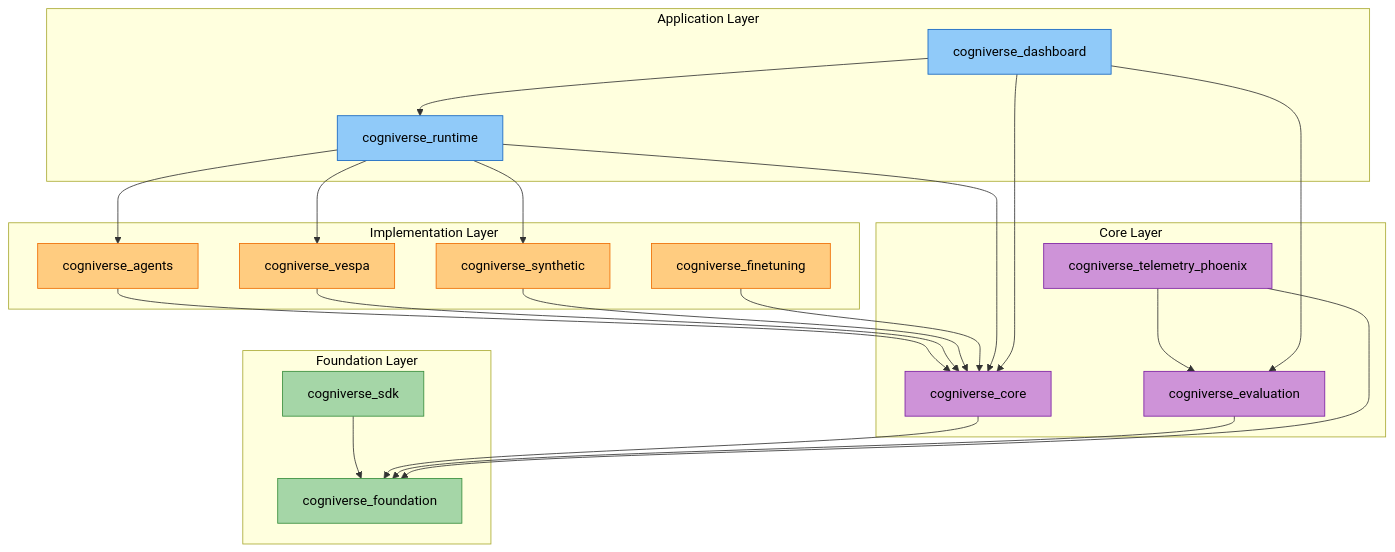
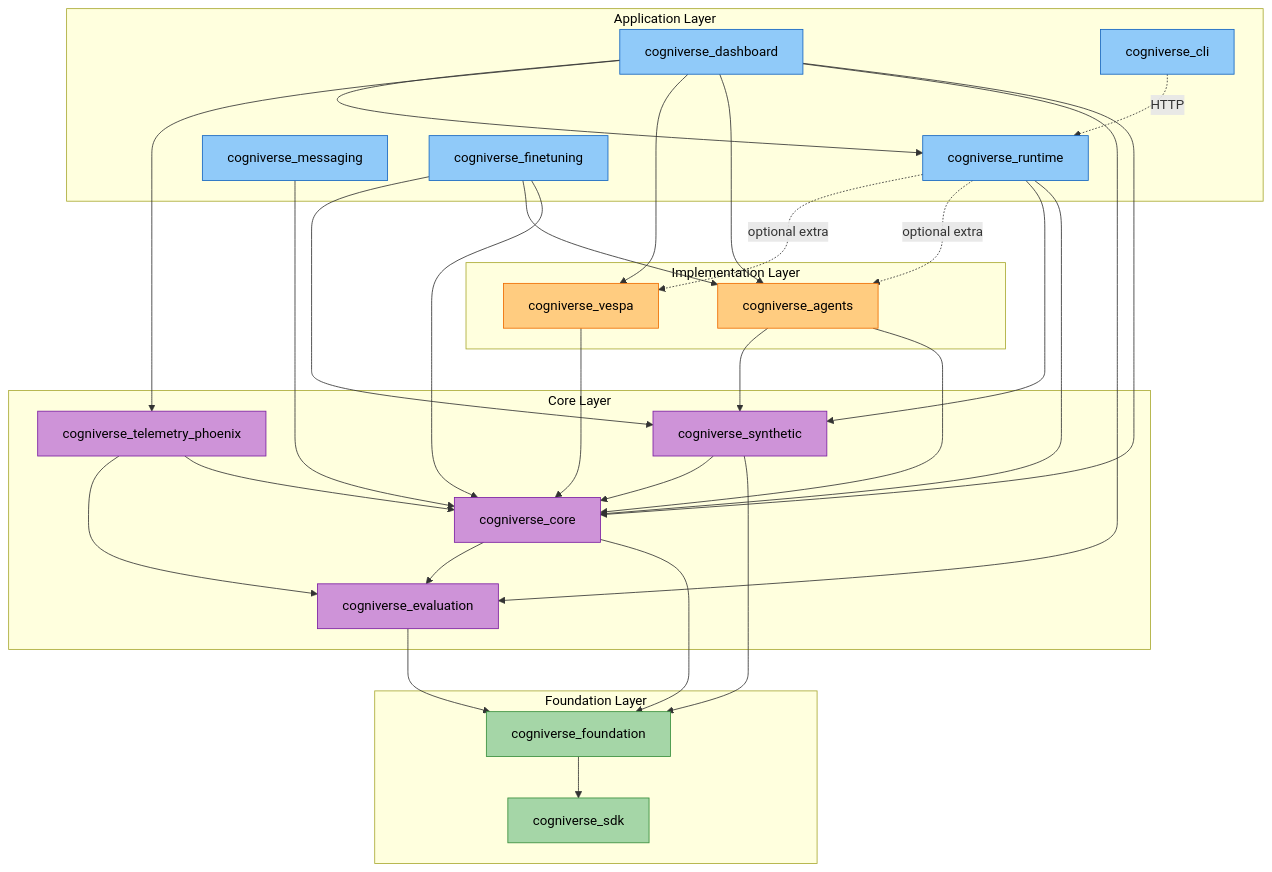
Before and after one commit to amit-jain/cogniverse: the second of 27 diagrams in docs/diagrams/sdk-architecture-diagrams.md, drawn with Mermaid. The commit also changed other lines of this file and 119 other files, not shown here.

````diff
--- a/docs/diagrams/sdk-architecture-diagrams.md
+++ b/docs/diagrams/sdk-architecture-diagrams.md
@@ -93,68 +107,82 @@
 ```mermaid
 flowchart TB
     subgraph FoundationLayer["<span style='color:#000'>Foundation Layer</span>"]
         SDK["<span style='color:#000'>cogniverse_sdk</span>"]
         FoundationPkg["<span style='color:#000'>cogniverse_foundation</span>"]
     end
 
     subgraph CoreLayer["<span style='color:#000'>Core Layer</span>"]
         Core["<span style='color:#000'>cogniverse_core</span>"]
         Evaluation["<span style='color:#000'>cogniverse_evaluation</span>"]
         Phoenix["<span style='color:#000'>cogniverse_telemetry_phoenix</span>"]
+        Synthetic["<span style='color:#000'>cogniverse_synthetic</span>"]
     end
 
     subgraph ImplLayer["<span style='color:#000'>Implementation Layer</span>"]
         Agents["<span style='color:#000'>cogniverse_agents</span>"]
         Vespa["<span style='color:#000'>cogniverse_vespa</span>"]
-        Synthetic["<span style='color:#000'>cogniverse_synthetic</span>"]
-        Finetuning["<span style='color:#000'>cogniverse_finetuning</span>"]
     end
 
     subgraph AppLayer["<span style='color:#000'>Application Layer</span>"]
         Runtime["<span style='color:#000'>cogniverse_runtime</span>"]
         Dashboard["<span style='color:#000'>cogniverse_dashboard</span>"]
+        Messaging["<span style='color:#000'>cogniverse_messaging</span>"]
+        Finetuning["<span style='color:#000'>cogniverse_finetuning</span>"]
+        Cli["<span style='color:#000'>cogniverse_cli</span>"]
     end
 
     %% Foundation dependencies
-    SDK --> FoundationPkg
+    FoundationPkg --> SDK
 
     %% Core to Foundation
     Core --> FoundationPkg
+    Core --> Evaluation
     Evaluation --> FoundationPkg
-    Phoenix --> FoundationPkg
+    Phoenix --> Core
     Phoenix --> Evaluation
+    Synthetic --> FoundationPkg
+    Synthetic --> Core
 
     %% Implementation to Core
     Agents --> Core
+    Agents --> Synthetic
     Vespa --> Core
-    Synthetic --> Core
-    Finetuning --> Core
 
     %% Application to Implementation/Core
     Runtime --> Core
-    Runtime --> Agents
-    Runtime --> Vespa
     Runtime --> Synthetic
+    Runtime -.->|optional extra| Agents
+    Runtime -.->|optional extra| Vespa
     Dashboard --> Core
     Dashboard --> Evaluation
+    Dashboard --> Agents
+    Dashboard --> Vespa
+    Dashboard --> Phoenix
     Dashboard --> Runtime
+    Messaging --> Core
+    Finetuning --> Core
+    Finetuning --> Agents
+    Finetuning --> Synthetic
+    Cli -.->|HTTP| Runtime
 
     %% Foundation Layer (green)
     style SDK fill:#a5d6a7,stroke:#388e3c,color:#000
     style FoundationPkg fill:#a5d6a7,stroke:#388e3c,color:#000
 
     %% Core Layer (purple)
     style Core fill:#ce93d8,stroke:#7b1fa2,color:#000
     style Evaluation fill:#ce93d8,stroke:#7b1fa2,color:#000
     style Phoenix fill:#ce93d8,stroke:#7b1fa2,color:#000
+    style Synthetic fill:#ce93d8,stroke:#7b1fa2,color:#000
 
     %% Implementation Layer (orange)
     style Agents fill:#ffcc80,stroke:#ef6c00,color:#000
     style Vespa fill:#ffcc80,stroke:#ef6c00,color:#000
-    style Synthetic fill:#ffcc80,stroke:#ef6c00,color:#000
-    style Finetuning fill:#ffcc80,stroke:#ef6c00,color:#000
 
     %% Application Layer (blue)
     style Runtime fill:#90caf9,stroke:#1565c0,color:#000
     style Dashboard fill:#90caf9,stroke:#1565c0,color:#000
+    style Messaging fill:#90caf9,stroke:#1565c0,color:#000
+    style Finetuning fill:#90caf9,stroke:#1565c0,color:#000
+    style Cli fill:#90caf9,stroke:#1565c0,color:#000
 ```
````
